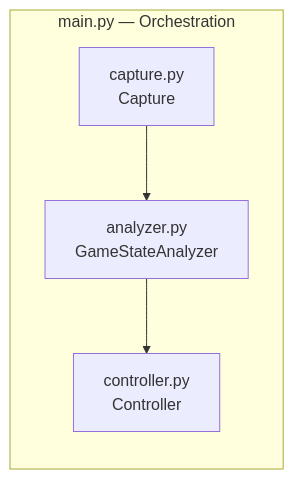
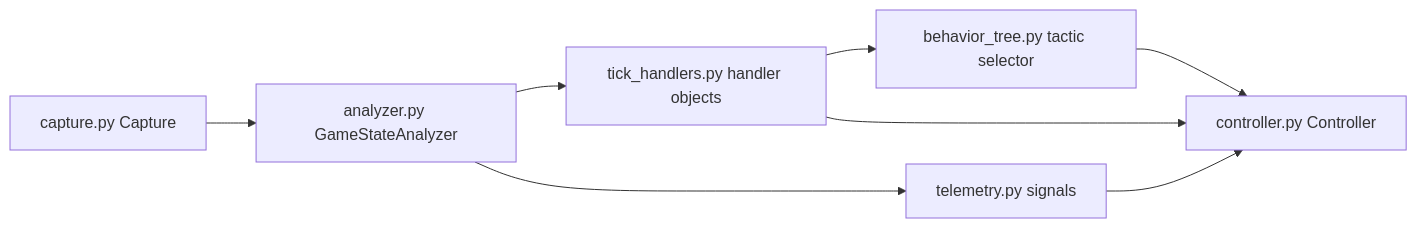
Before and after one commit to mhouse1/wingman: the first of 6 diagrams in docs/architecture.md, drawn with Mermaid. The commit also changed other lines of this file and 13 other files, not shown here.

````diff
--- a/docs/architecture.md
+++ b/docs/architecture.md
@@ -17,7 +17,10 @@
 ```mermaid
 flowchart LR
-    subgraph main ["main.py — Orchestration"]
-        C["capture.py\nCapture"] --> A["analyzer.py\nGameStateAnalyzer"]
-        A --> Ctrl["controller.py\nController"]
-    end
+    C["capture.py Capture"] --> A["analyzer.py GameStateAnalyzer"]
+    A --> H["tick_handlers.py handler objects"]
+    H --> BT["behavior_tree.py tactic selector"]
+    BT --> Ctrl["controller.py Controller"]
+    H --> Ctrl
+    A --> T["telemetry.py signals"]
+    T --> Ctrl
 ```
````
